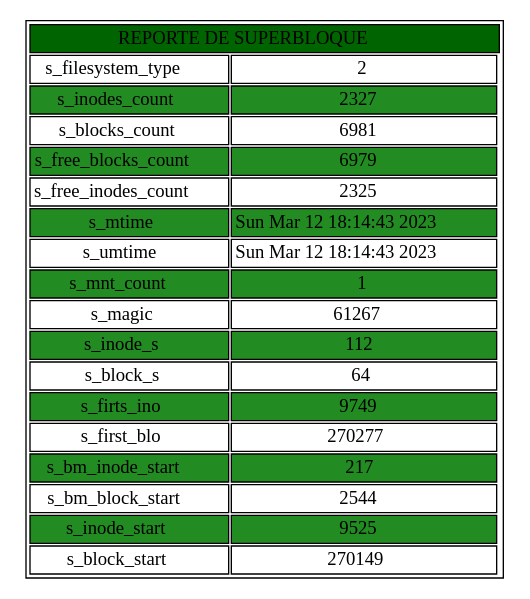
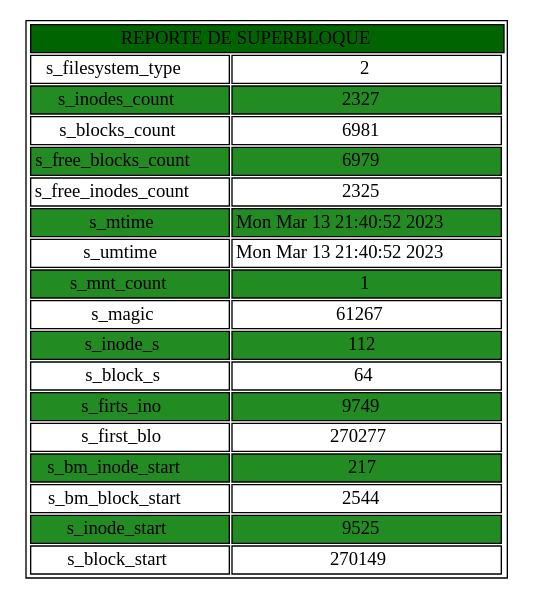
Before and after one commit to AndreRD1026/MIA-P1-202010816: the diagram in ReporteSP.dot, drawn with Graphviz. The commit also changed 4 other files, not shown here.

```diff
--- a/ReporteSP.dot
+++ b/ReporteSP.dot
@@ -1,28 +1,28 @@
 digraph G {
 parent [
 shape=plaintext
 label=<
 <table border='1' cellborder='1'>
 <tr><td bgcolor="darkgreen" colspan="3">REPORTE DE SUPERBLOQUE</td></tr>
 <tr><td port='fl'>s_filesystem_type</td><td port='siz1'>2</td></tr>
 <tr><td bgcolor="forestgreen" port='count'>s_inodes_count</td><td bgcolor="forestgreen" port='siz17'>2327</td></tr>
 <tr><td port='bcount'>s_blocks_count</td><td port='siz2'>6981</td></tr>
 <tr><td bgcolor="forestgreen" port='freeblocks'>s_free_blocks_count</td><td bgcolor="forestgreen" port='siz16'>6979</td></tr>
 <tr><td port='freeinodes'>s_free_inodes_count</td><td port='siz3'>2325</td></tr>
-<tr><td bgcolor="forestgreen" port='mounttime'>s_mtime</td><td bgcolor="forestgreen" port='size15'>Sun Mar 12 18:14:43 2023
+<tr><td bgcolor="forestgreen" port='mounttime'>s_mtime</td><td bgcolor="forestgreen" port='size15'>Mon Mar 13 21:40:52 2023
 </td></tr>
-<tr><td port='unmounttime'>s_umtime</td><td port='siz4'>Sun Mar 12 18:14:43 2023
+<tr><td port='unmounttime'>s_umtime</td><td port='siz4'>Mon Mar 13 21:40:52 2023
 </td></tr>
 <tr><td bgcolor="forestgreen" port='mountcount'>s_mnt_count</td><td bgcolor="forestgreen" port='siz14'>1</td></tr>
 <tr><td port='magic'>s_magic</td><td port='siz5'>61267</td></tr>
 <tr><td bgcolor="forestgreen" port='inodes'>s_inode_s</td><td bgcolor="forestgreen" port='siz13'>112</td></tr>
 <tr><td port='sblock'>s_block_s</td><td port='siz6'>64</td></tr>
 <tr><td bgcolor="forestgreen" port='sfirstino'>s_firts_ino</td><td bgcolor="forestgreen" port='siz12'>9749</td></tr>
 <tr><td port='sfirstblo'>s_first_blo</td><td port='siz7'>270277</td></tr>
 <tr><td bgcolor="forestgreen" port='bminodes'>s_bm_inode_start</td><td bgcolor="forestgreen" port='siz11'>217</td></tr>
 <tr><td port='bmblocks'>s_bm_block_start</td><td port='siz8'>2544</td></tr>
 <tr><td bgcolor="forestgreen" port='inodestart'>s_inode_start</td><td bgcolor="forestgreen" port='siz10'>9525</td></tr>
 <tr><td port='blockstart'>s_block_start</td><td port='siz9'>270149</td></tr>
 </table>
 >];
 }
```
